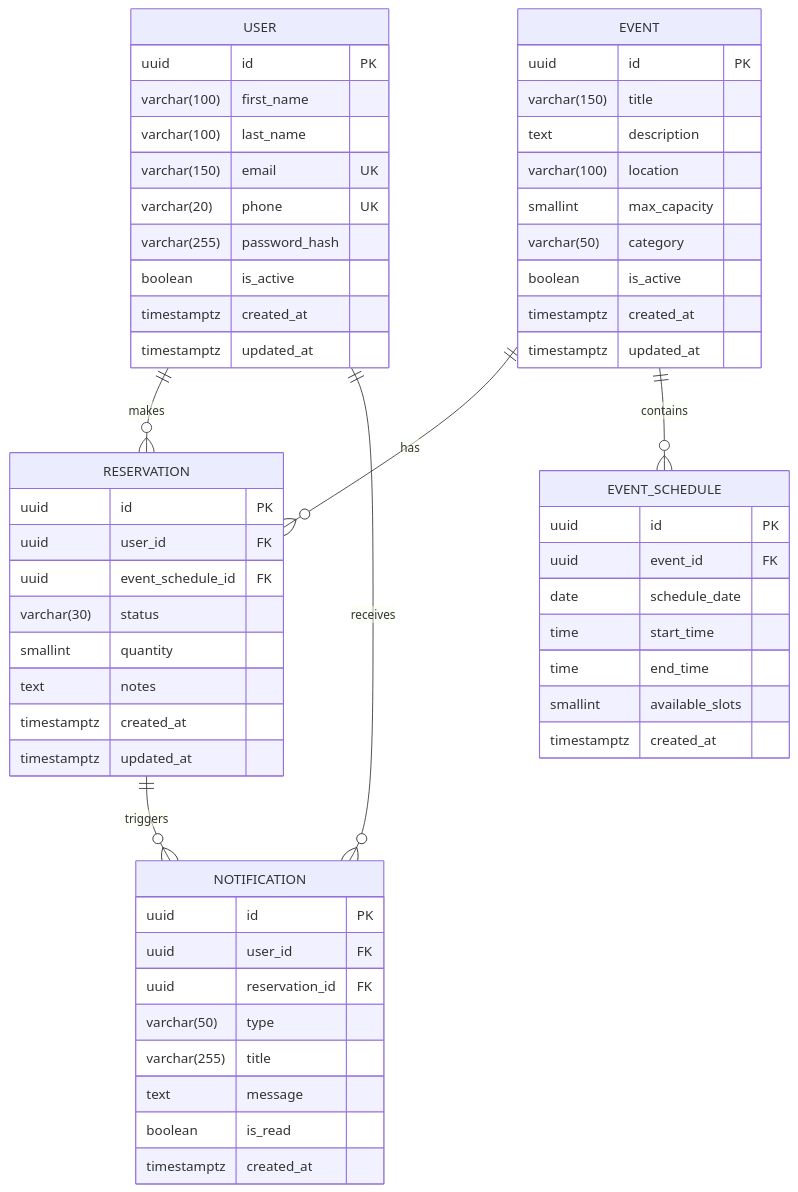
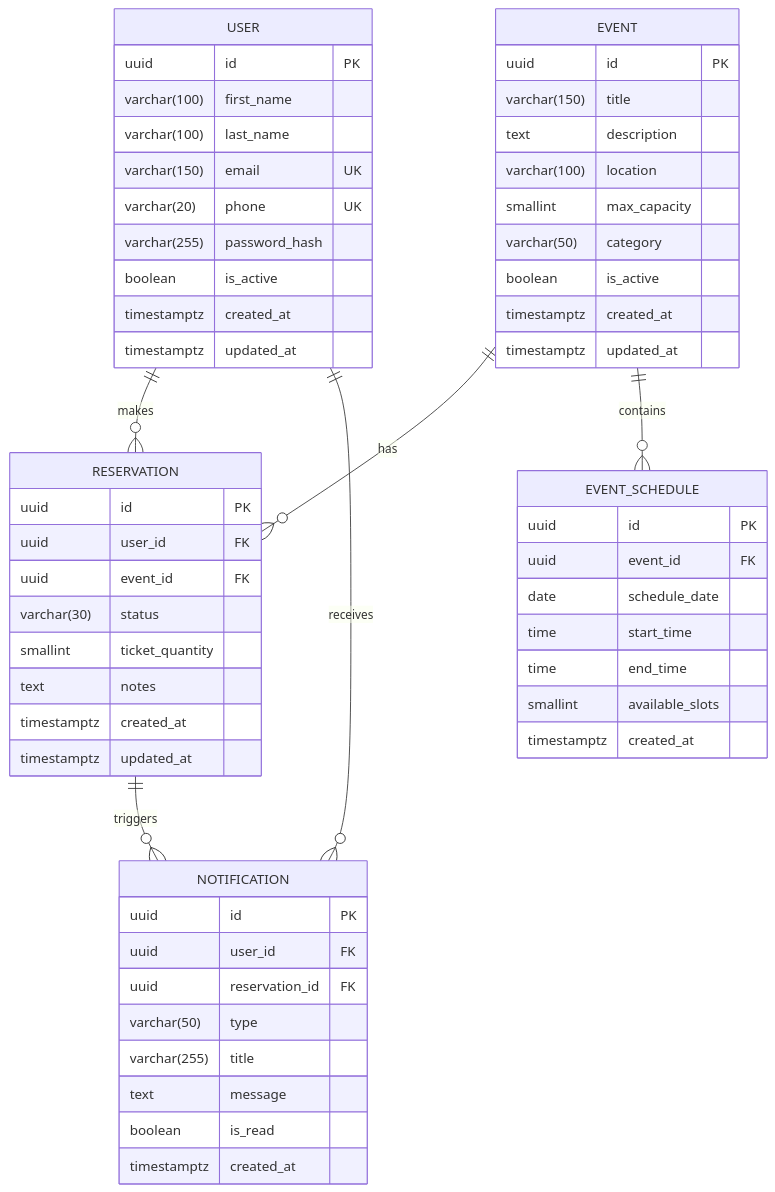
One commit to Fabian131/event-booking-api changed the diagram in docs/architecture/domain-model.md. Above: the diagram before and after it, drawn with Mermaid. The commit also changed other lines of this file and 11 other files, not shown here.

````diff
--- a/docs/architecture/domain-model.md
+++ b/docs/architecture/domain-model.md
@@ -5,64 +5,64 @@
 ```mermaid
 erDiagram
     USER ||--o{ RESERVATION : makes
     EVENT ||--o{ RESERVATION : has
     EVENT ||--o{ EVENT_SCHEDULE : contains
     RESERVATION ||--o{ NOTIFICATION : triggers
     USER ||--o{ NOTIFICATION : receives
     
     USER {
         uuid id PK
         varchar(100) first_name
         varchar(100) last_name
         varchar(150) email UK
         varchar(20) phone UK
         varchar(255) password_hash
         boolean is_active
         timestamptz created_at
         timestamptz updated_at
     }
     
     EVENT {
         uuid id PK
         varchar(150) title
         text description
         varchar(100) location
         smallint max_capacity
         varchar(50) category
         boolean is_active
         timestamptz created_at
         timestamptz updated_at
     }
     
     EVENT_SCHEDULE {
         uuid id PK
         uuid event_id FK
         date schedule_date
         time start_time
         time end_time
         smallint available_slots
         timestamptz created_at
     }
     
     RESERVATION {
         uuid id PK
         uuid user_id FK
-        uuid event_schedule_id FK
+        uuid event_id FK
         varchar(30) status
-        smallint quantity
+        smallint ticket_quantity
         text notes
         timestamptz created_at
         timestamptz updated_at
     }
     
     NOTIFICATION {
         uuid id PK
         uuid user_id FK
         uuid reservation_id FK
         varchar(50) type
         varchar(255) title
         text message
         boolean is_read
         timestamptz created_at
     }
 ```
````
